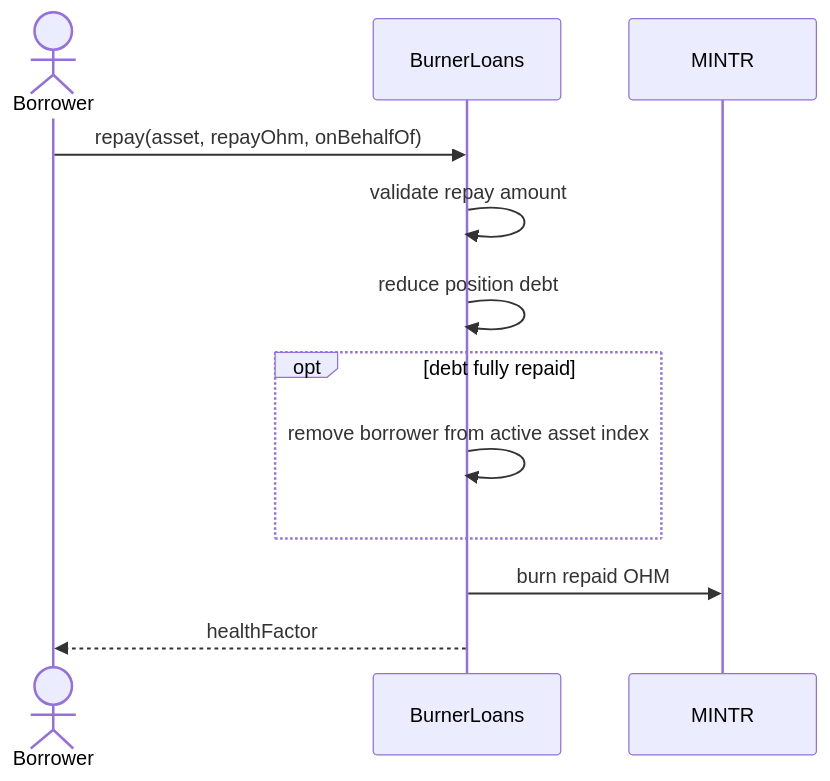
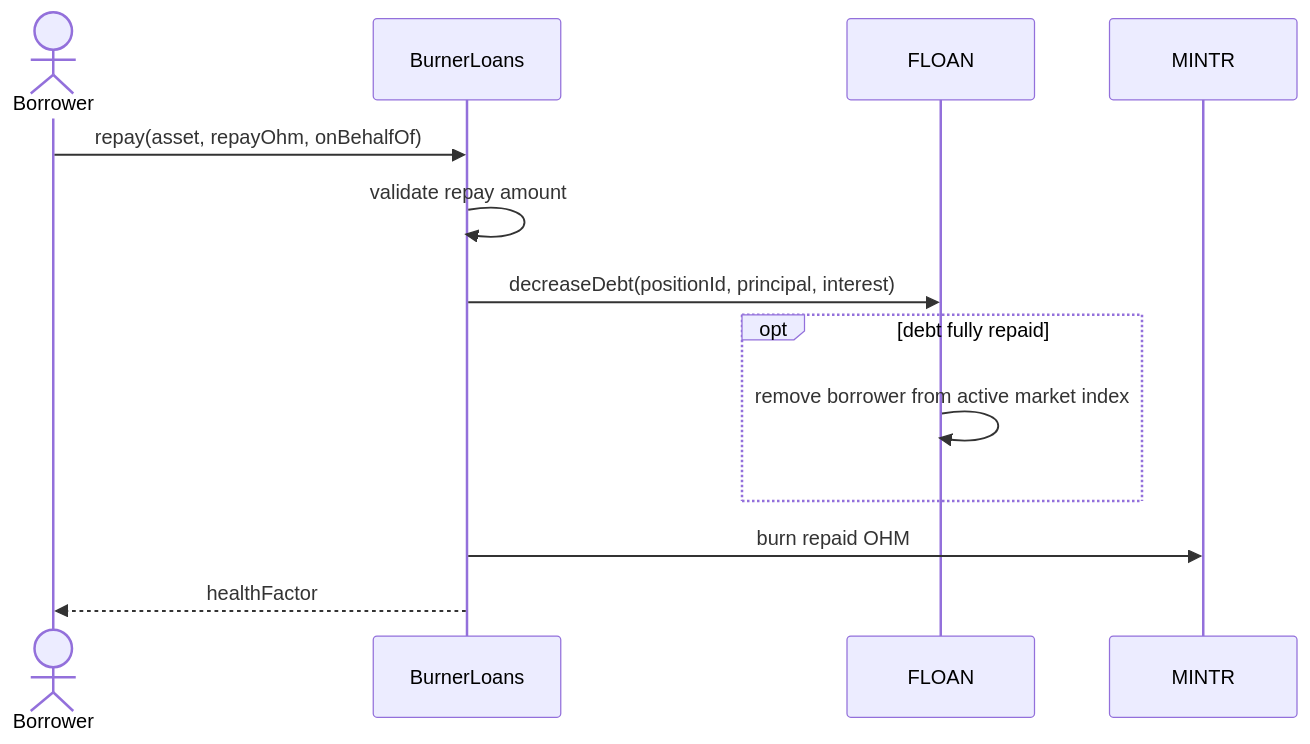
One commit to OlympusDAO/olympus-v3 changed the third of 7 diagrams in documentation/burner_loans.md. Above: the diagram before and after it, drawn with Mermaid. The commit also changed other lines of this file and 64 other files, not shown here.

Commit message:
refactor(burner-loans)!: adopt facility-scoped fixed-term markets

````diff
--- a/documentation/burner_loans.md
+++ b/documentation/burner_loans.md
@@ -92,15 +112,16 @@
 ```mermaid
 sequenceDiagram
     actor Borrower
     participant BurnerLoans
+    participant FLOAN
     participant MINTR
 
     Borrower->>BurnerLoans: repay(asset, repayOhm, onBehalfOf)
     BurnerLoans->>BurnerLoans: validate repay amount
-    BurnerLoans->>BurnerLoans: reduce position debt
+    BurnerLoans->>FLOAN: decreaseDebt(positionId, principal, interest)
     opt debt fully repaid
-        BurnerLoans->>BurnerLoans: remove borrower from active asset index
+        FLOAN->>FLOAN: remove borrower from active market index
     end
     BurnerLoans->>MINTR: burn repaid OHM
     BurnerLoans-->>Borrower: healthFactor
 ```
````
